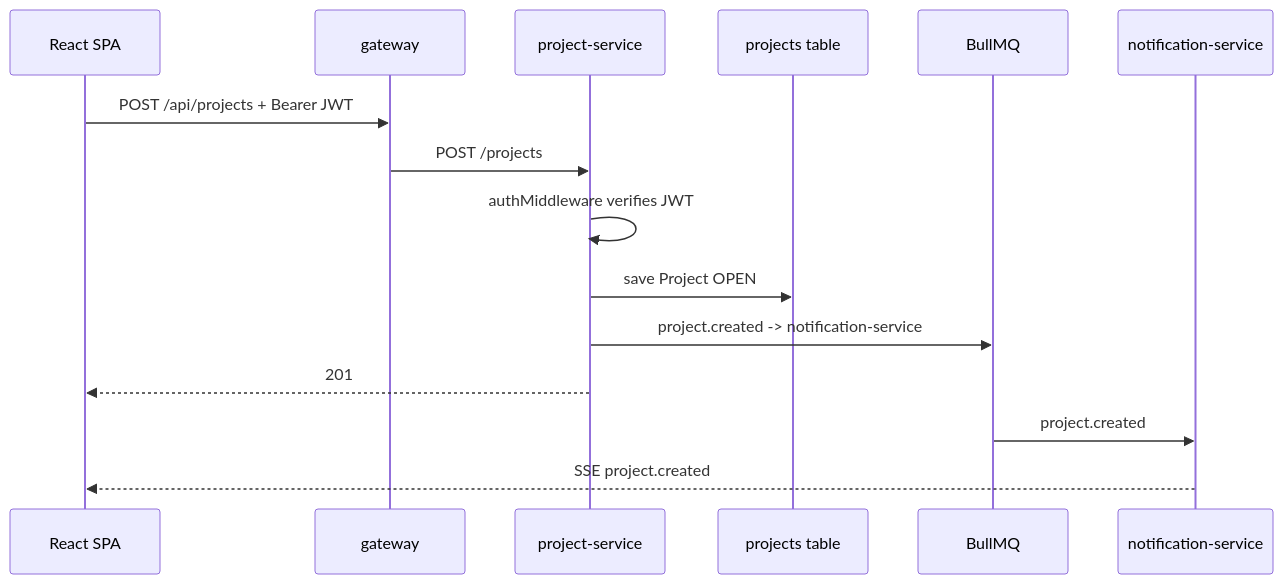
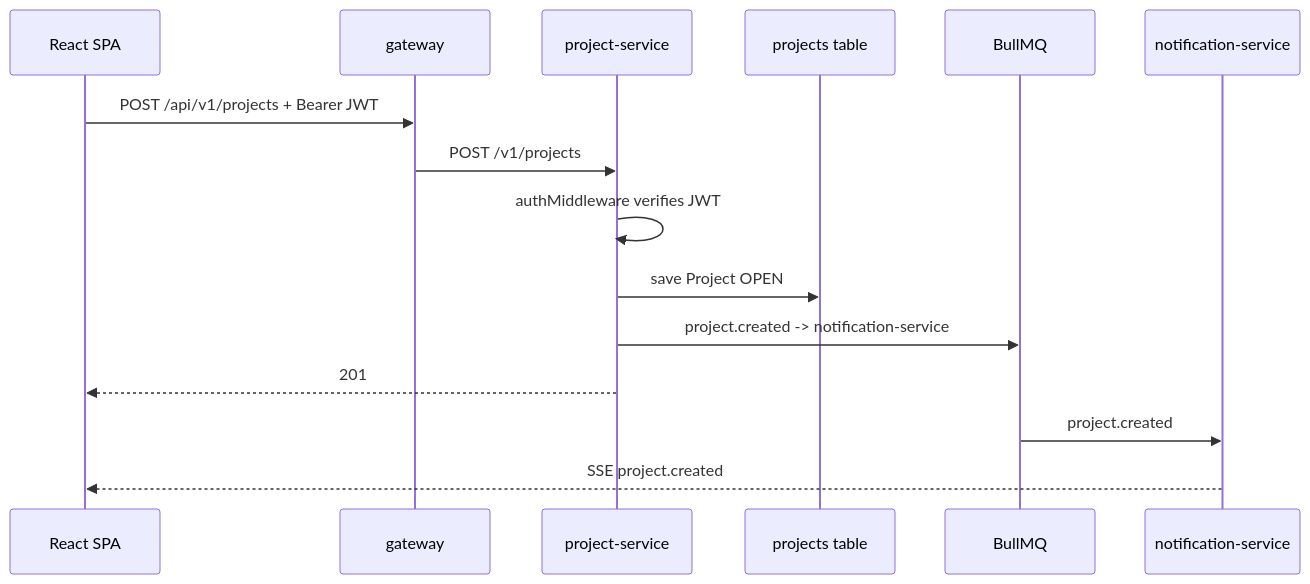
Before and after one commit to Tres7/projet-archi-to-do-list: the third of 5 diagrams in docs/technical/architecture.md, drawn with Mermaid. The commit also changed other lines of this file and 13 other files, not shown here.

````diff
--- a/docs/technical/architecture.md
+++ b/docs/technical/architecture.md
@@ -281,18 +293,18 @@
 ```mermaid
 sequenceDiagram
     participant UI as React SPA
     participant GW as gateway
     participant PROJ as project-service
     participant DB as projects table
     participant BUS as BullMQ
     participant NOTIF as notification-service
 
-    UI->>GW: POST /api/projects + Bearer JWT
-    GW->>PROJ: POST /projects
+    UI->>GW: POST /api/v1/projects + Bearer JWT
+    GW->>PROJ: POST /v1/projects
     PROJ->>PROJ: authMiddleware verifies JWT
     PROJ->>DB: save Project OPEN
     PROJ->>BUS: project.created -> notification-service
     PROJ-->>UI: 201
     BUS->>NOTIF: project.created
     NOTIF-->>UI: SSE project.created
 ```
````
